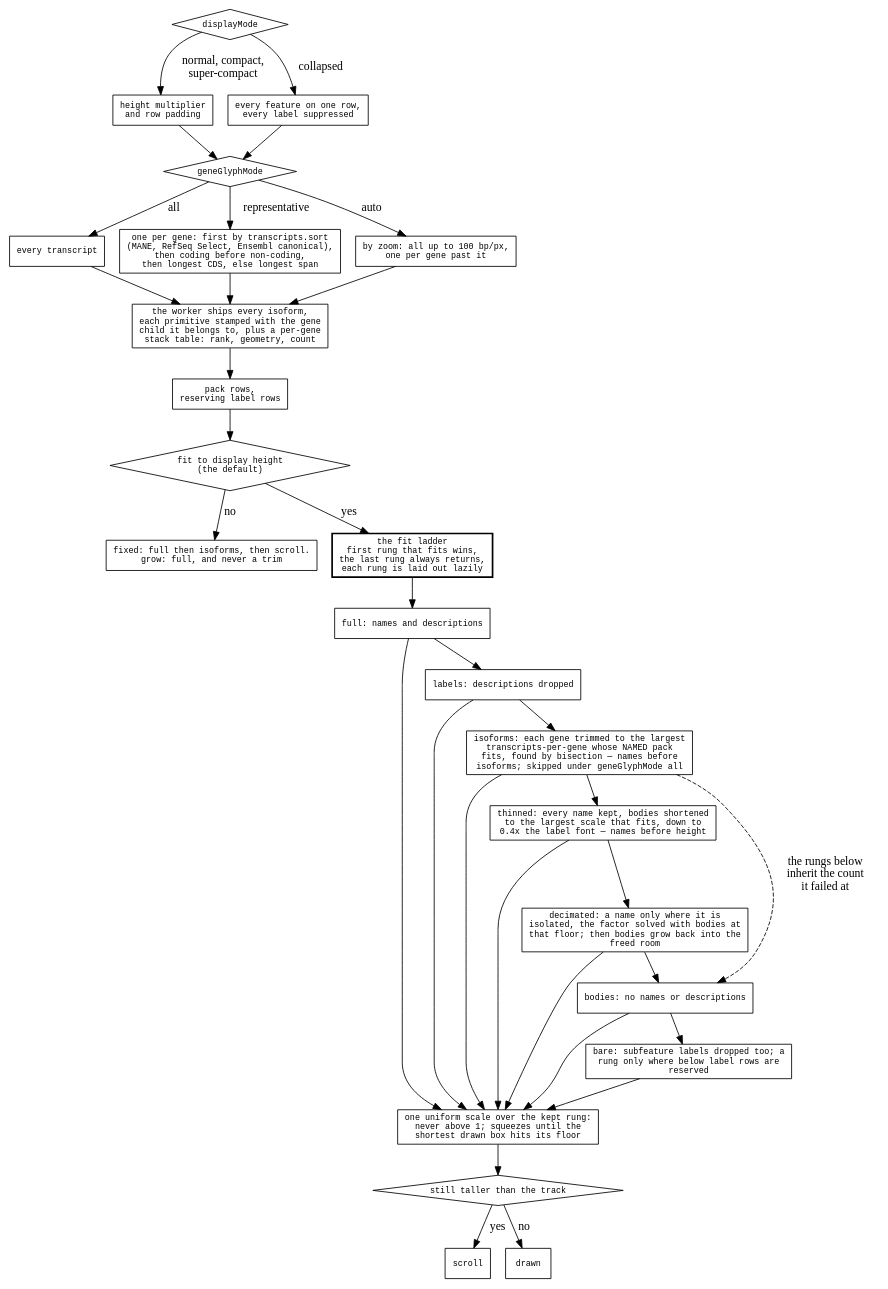
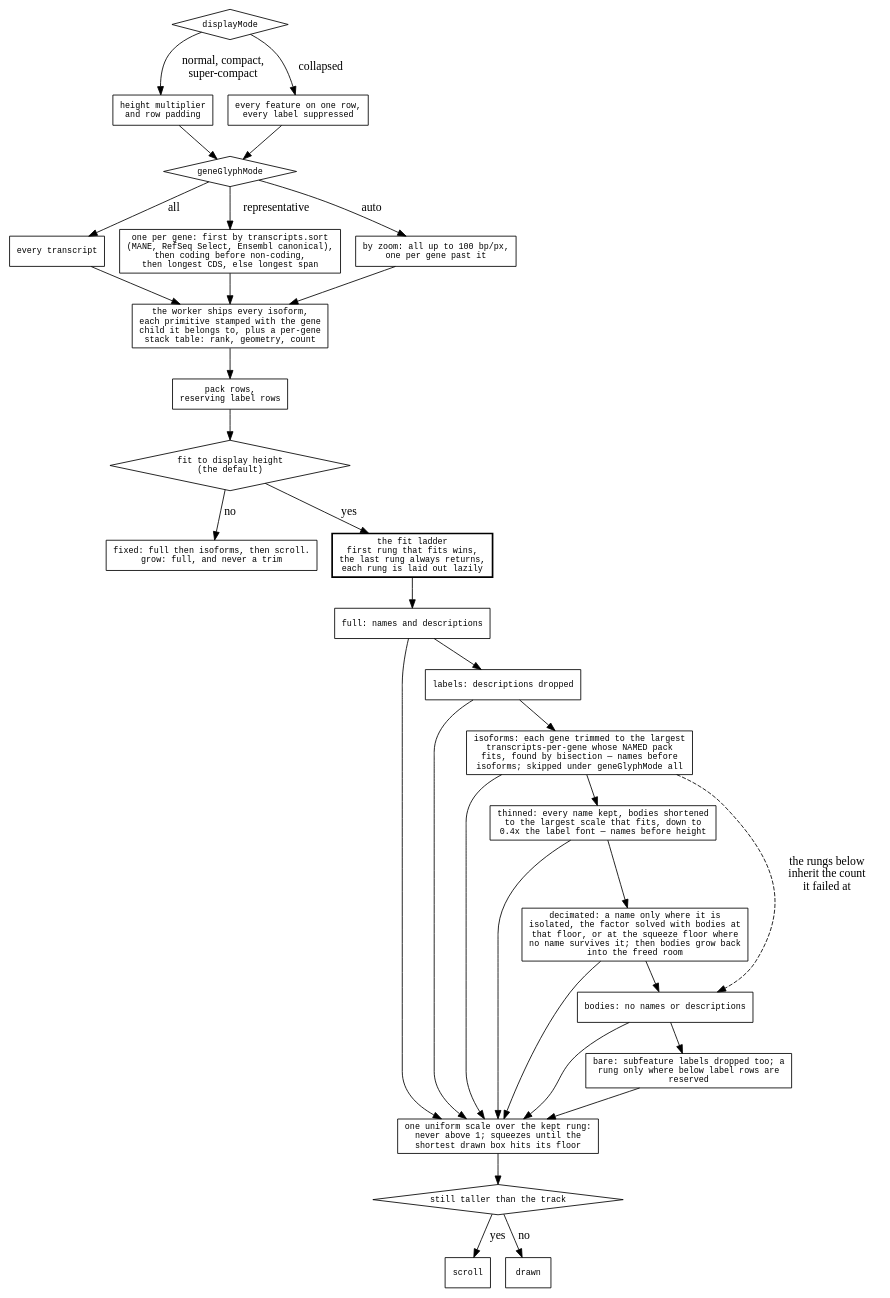
The diagram in agent-docs/reference/diagrams/feature-budget.dot (GMOD/jbrowse-components), drawn with Graphviz before and after one commit. The commit also changed 5 other files, not shown here.

```diff
--- a/agent-docs/reference/diagrams/feature-budget.dot
+++ b/agent-docs/reference/diagrams/feature-budget.dot
@@ -1,54 +1,54 @@
 digraph feature_budget {
   rankdir=TB
   node [shape=box fontname=monospace fontsize=10]
   { node [shape=diamond] mode; glyphmode; fits; over }
 
   mode [label="displayMode"]
   mode -> sized     [label=" normal, compact,\n super-compact"]
   mode -> collapsed [label=" collapsed"]
   sized     [label="height multiplier\nand row padding"]
   collapsed [label="every feature on one row,\nevery label suppressed"]
 
   glyphmode [label="geneGlyphMode"]
   sized -> glyphmode  collapsed -> glyphmode
   glyphmode -> allt [label=" all"]
   glyphmode -> one  [label=" representative"]
   glyphmode -> zoom [label=" auto"]
   allt [label="every transcript"]
   one  [label="one per gene: first by transcripts.sort\n(MANE, RefSeq Select, Ensembl canonical),\nthen coding before non-coding,\nthen longest CDS, else longest span"]
   zoom [label="by zoom: all up to 100 bp/px,\none per gene past it"]
 
   ship [label="the worker ships every isoform,\neach primitive stamped with the gene\nchild it belongs to, plus a per-gene\nstack table: rank, geometry, count"]
   allt -> ship  one -> ship  zoom -> ship
 
   pack [label="pack rows,\nreserving label rows"]
   ship -> pack -> fits
 
   fits [label="fit to display height\n(the default)"]
   fits -> plain  [label=" no"]
   fits -> ladder [label=" yes"]
   plain [label="fixed: full then isoforms, then scroll.\ngrow: full, and never a trim"]
 
   ladder [label="the fit ladder\nfirst rung that fits wins,\nthe last rung always returns,\neach rung is laid out lazily", style=bold]
   // BEGIN GENERATED FIT_LADDER
   // Generated by `pnpm autogen` from FIT_LADDER in plugins/features/src/LinearBasicDisplay/fitLadderOrder.ts; edit that, not this block.
   ladder -> full -> labels -> isoforms -> thinned -> decimated -> bodies -> bare
   full      [label="full: names and descriptions"]
   labels    [label="labels: descriptions dropped"]
   isoforms  [label="isoforms: each gene trimmed to the largest\ntranscripts-per-gene whose NAMED pack\nfits, found by bisection — names before\nisoforms; skipped under geneGlyphMode all"]
   thinned   [label="thinned: every name kept, bodies shortened\nto the largest scale that fits, down to\n0.4x the label font — names before height"]
-  decimated [label="decimated: a name only where it is\nisolated, the factor solved with bodies at\nthat floor; then bodies grow back into the\nfreed room"]
+  decimated [label="decimated: a name only where it is\nisolated, the factor solved with bodies at\nthat floor, or at the squeeze floor where\nno name survives it; then bodies grow back\ninto the freed room"]
   bodies    [label="bodies: no names or descriptions"]
   bare      [label="bare: subfeature labels dropped too; a\nrung only where below label rows are\nreserved"]
   full -> scale  labels -> scale  isoforms -> scale  thinned -> scale  decimated -> scale  bodies -> scale  bare -> scale
   // END GENERATED FIT_LADDER
   isoforms -> bodies [label=" the rungs below\n inherit the count\n it failed at" style=dashed]
 
   scale [label="one uniform scale over the kept rung:\nnever above 1; squeezes until the\nshortest drawn box hits its floor"]
   scale -> over
   over [label="still taller than the track"]
   over -> scroll [label=" yes"]
   over -> done   [label=" no"]
   scroll [label="scroll"]
   done   [label="drawn"]
 }
```
